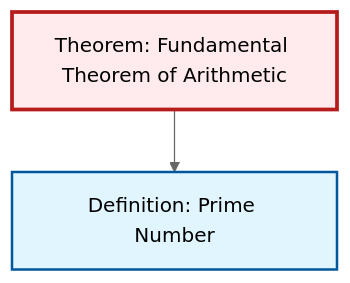
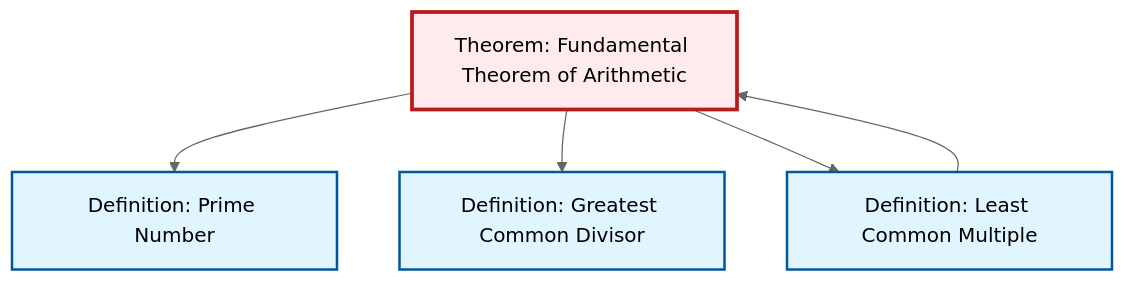
One commit to RK0429/ModernMath changed the diagram in content/ja/number-theory/thm-fundamental-arithmetic.qmd. Above: the diagram before and after it, drawn with Mermaid (neutral theme). The commit also changed 634 other files, not shown here.

````diff
--- a/content/ja/number-theory/thm-fundamental-arithmetic.qmd
+++ b/content/ja/number-theory/thm-fundamental-arithmetic.qmd
@@ -65,14 +65,21 @@
 ```{mermaid}
 %%| fig-cap: "Local dependency graph"
 graph TD
     classDef definition fill:#e1f5fe,stroke:#01579b,stroke-width:2px
     classDef theorem fill:#f3e5f5,stroke:#4a148c,stroke-width:2px
     classDef axiom fill:#fff3e0,stroke:#e65100,stroke-width:2px
     classDef example fill:#e8f5e9,stroke:#1b5e20,stroke-width:2px
     classDef current fill:#ffebee,stroke:#b71c1c,stroke-width:3px
     thm-fundamental-arithmetic["Theorem: Fundamental Theorem of Arithmetic"]:::theorem
+    def-gcd["Definition: Greatest Common Divisor"]:::definition
+    def-lcm["Definition: Least Common Multiple"]:::definition
     def-prime["Definition: Prime Number"]:::definition
     thm-fundamental-arithmetic --> def-prime
+    def-lcm --> thm-fundamental-arithmetic
+    thm-fundamental-arithmetic --> def-gcd
+    thm-fundamental-arithmetic --> def-lcm
     class thm-fundamental-arithmetic current
+    click def-gcd "def-gcd.html" "Definition: Greatest Common Divisorへ"
+    click def-lcm "def-lcm.html" "Definition: Least Common Multipleへ"
     click def-prime "def-prime.html" "Definition: Prime Numberへ"
 ```
````
